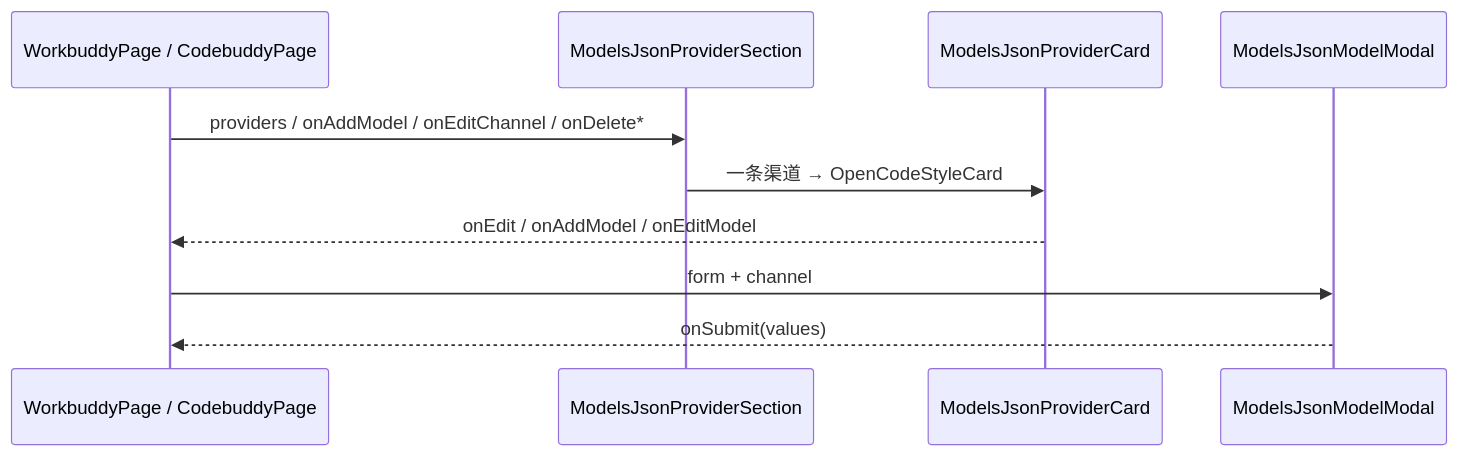
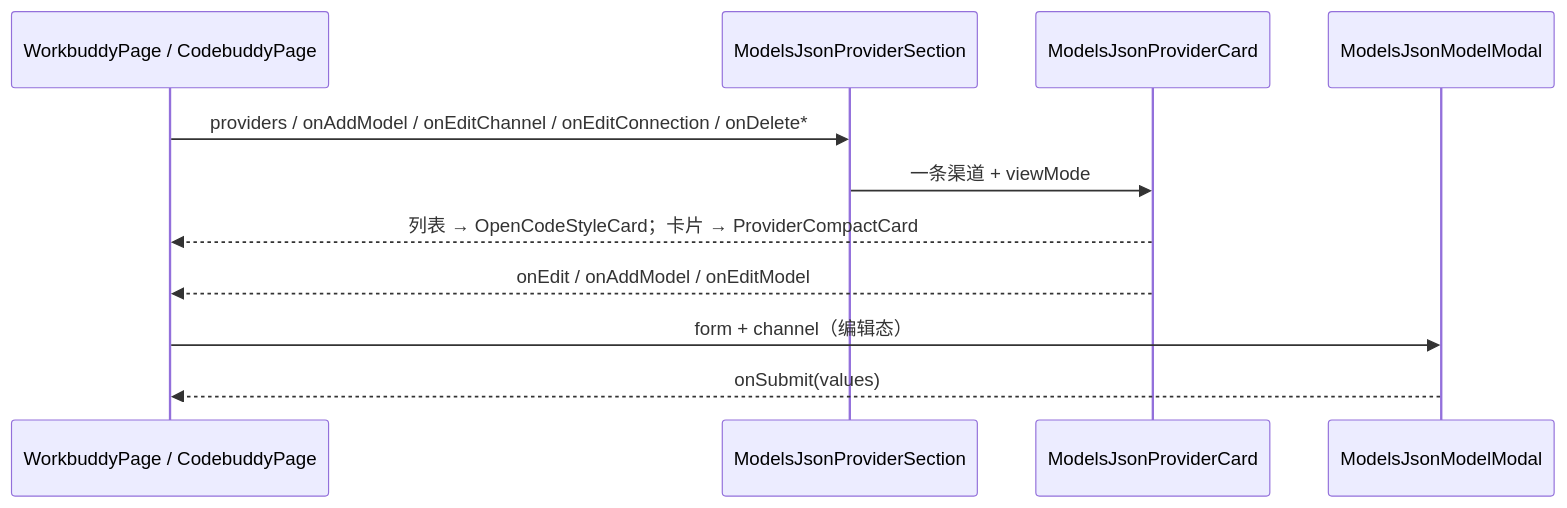
One commit to coulsontl/ai-toolbox changed the diagram in web/features/coding/shared/modelsJson/AGENTS.md. Above: the diagram before and after it, drawn with Mermaid. The commit also changed other lines of this file and 17 other files, not shown here.

First line of the commit message:
fix(coding): make WorkBuddy/CodeBuddy follow the provider SOP in both layouts

````diff
--- a/web/features/coding/shared/modelsJson/AGENTS.md
+++ b/web/features/coding/shared/modelsJson/AGENTS.md
@@ -21,13 +21,14 @@
 ```mermaid
 sequenceDiagram
   participant Page as WorkbuddyPage / CodebuddyPage
   participant Section as ModelsJsonProviderSection
   participant Card as ModelsJsonProviderCard
   participant Modal as ModelsJsonModelModal
 
-  Page->>Section: providers / onAddModel / onEditChannel / onDelete*
-  Section->>Card: 一条渠道 → OpenCodeStyleCard
+  Page->>Section: providers / onAddModel / onEditChannel / onEditConnection / onDelete*
+  Section->>Card: 一条渠道 + viewMode
+  Card-->>Page: 列表 → OpenCodeStyleCard；卡片 → ProviderCompactCard
   Card-->>Page: onEdit / onAddModel / onEditModel
-  Page->>Modal: form + channel
+  Page->>Modal: form + channel（编辑态）
   Modal-->>Page: onSubmit(values)
 ```
````
